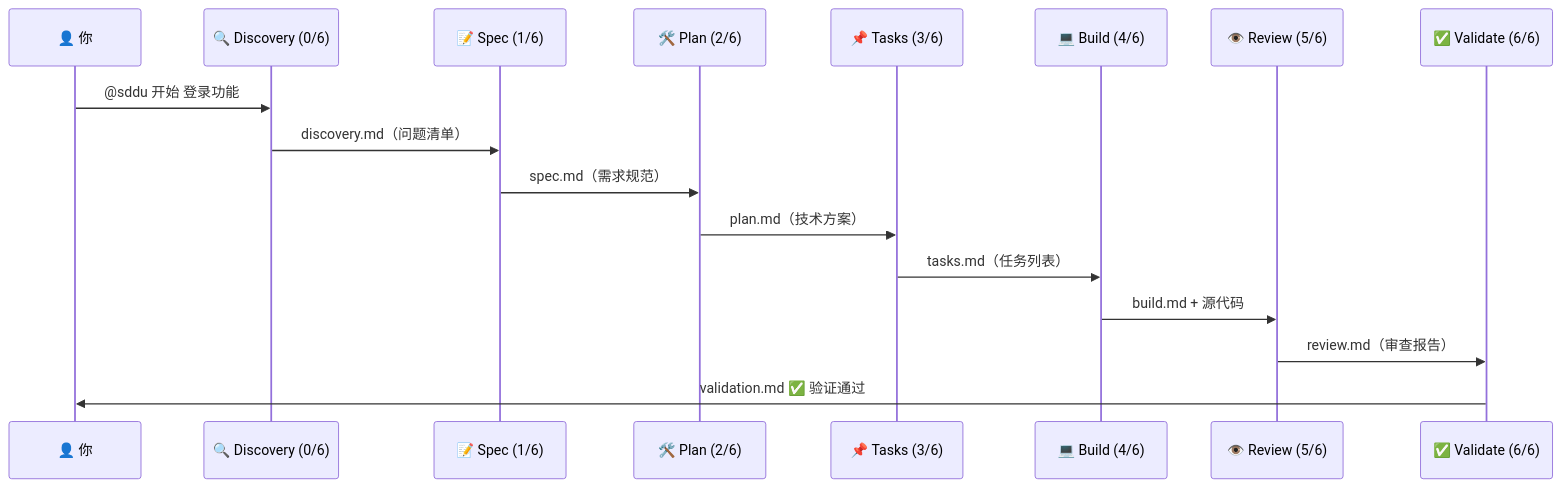
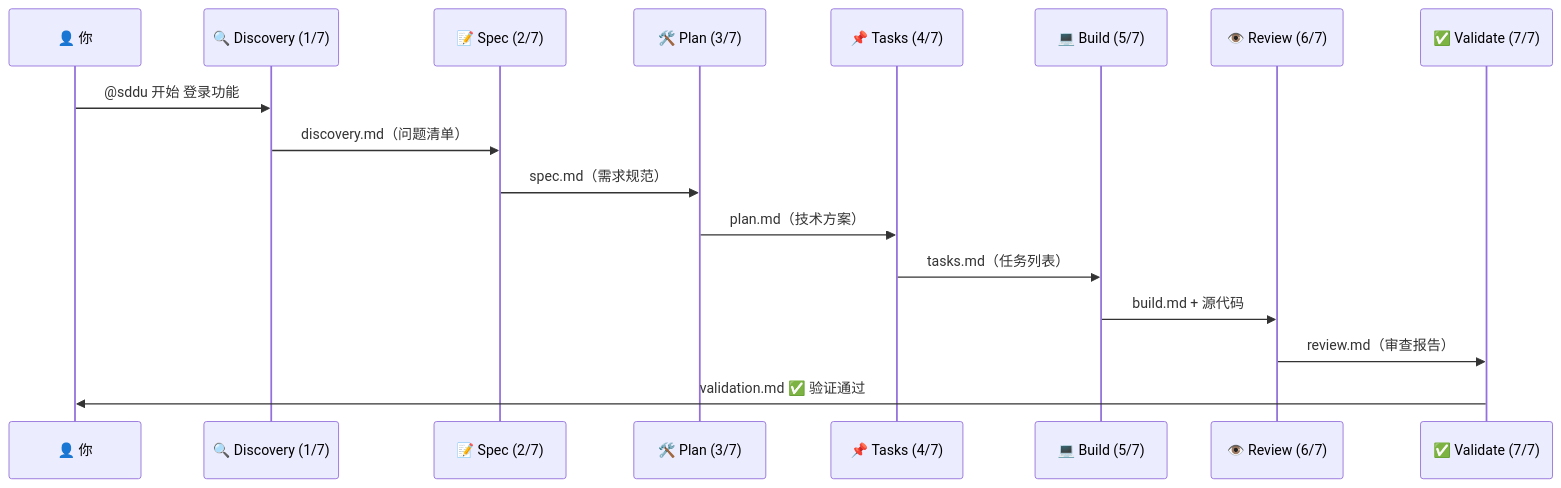
One commit to THZSummer/sddu changed the diagram in README.md. Above: the diagram before and after it, drawn with Mermaid. The commit also changed other lines of this file and 20 other files, not shown here.

````diff
--- a/README.md
+++ b/README.md
@@ -74,20 +74,20 @@
 ```mermaid
 sequenceDiagram
     participant U as 👤 你
-    participant D as 🔍 Discovery (0/6)
-    participant S as 📝 Spec (1/6)
-    participant P as 🛠️ Plan (2/6)
-    participant T as 📌 Tasks (3/6)
-    participant B as 💻 Build (4/6)
-    participant R as 👁️ Review (5/6)
-    participant V as ✅ Validate (6/6)
+    participant D as 🔍 Discovery (1/7)
+    participant S as 📝 Spec (2/7)
+    participant P as 🛠️ Plan (3/7)
+    participant T as 📌 Tasks (4/7)
+    participant B as 💻 Build (5/7)
+    participant R as 👁️ Review (6/7)
+    participant V as ✅ Validate (7/7)
 
     U->>D: @sddu 开始 登录功能
     D->>S: discovery.md（问题清单）
     S->>P: spec.md（需求规范）
     P->>T: plan.md（技术方案）
     T->>B: tasks.md（任务列表）
     B->>R: build.md + 源代码
     R->>V: review.md（审查报告）
     V->>U: validation.md ✅ 验证通过
 ```
````
